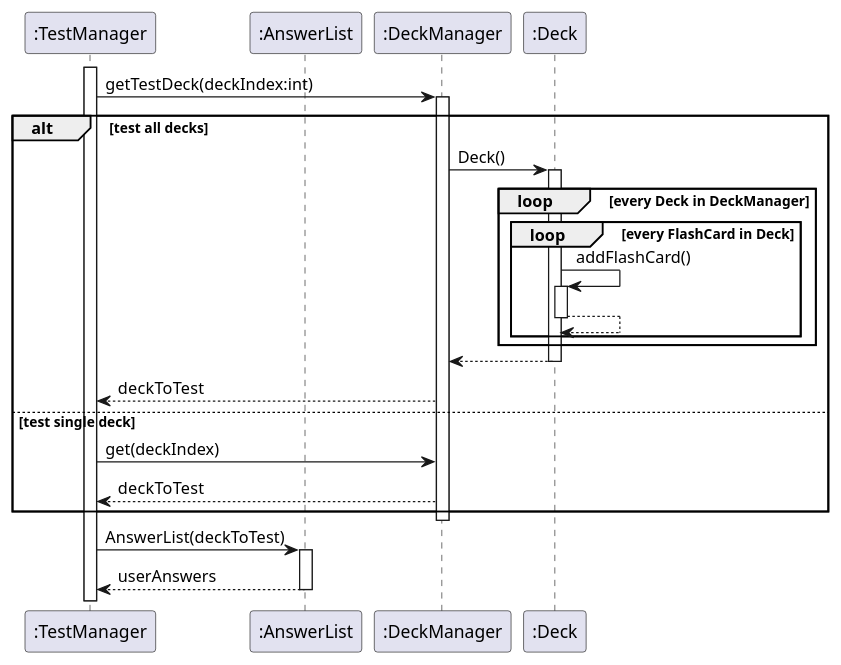
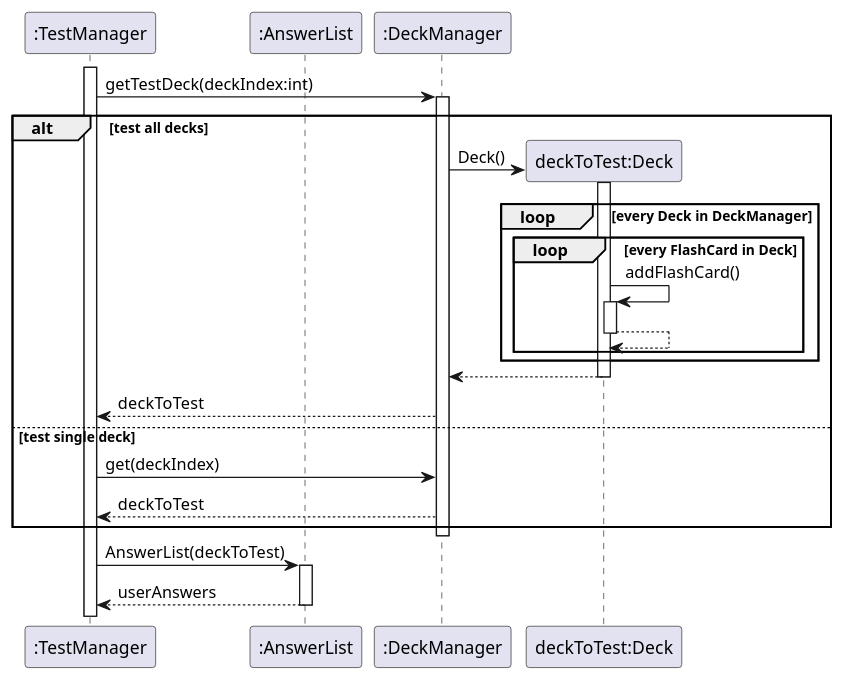
Before and after one commit to xkisxk/tp: the diagram in docs/uml/getTestDeckSequenceDiagram.puml, drawn with PlantUML. The commit also changed 5 other files, not shown here.

Commit message:
Moved getLowScoringCard function to deckmanager, edited sequence diagrams

```diff
--- a/docs/uml/getTestDeckSequenceDiagram.puml
+++ b/docs/uml/getTestDeckSequenceDiagram.puml
@@ -1,41 +1,41 @@
 @startuml
 participant ":TestManager" as TestManager
 participant ":AnswerList" as AnswerList
 participant ":DeckManager" as DeckManager
-participant ":Deck" as Deck
+participant "deckToTest:Deck" as Deck
 
 activate TestManager
 
 TestManager -> DeckManager : getTestDeck(deckIndex:int)
 activate DeckManager
 
 alt test all decks
-DeckManager -> Deck : Deck()
+DeckManager -> Deck **: Deck()
 activate Deck
 loop every Deck in DeckManager
 loop every FlashCard in Deck
 
 Deck -> Deck : addFlashCard()
 activate Deck
 Deck --> Deck
 deactivate Deck
 
 end
 end
 Deck --> DeckManager
 deactivate Deck
 DeckManager --> TestManager : deckToTest
 
 else test single deck
 TestManager -> DeckManager : get(deckIndex)
 DeckManager --> TestManager : deckToTest
 end
 deactivate DeckManager
 
 TestManager -> AnswerList : AnswerList(deckToTest)
 activate AnswerList
 
 TestManager <-- AnswerList : userAnswers
 deactivate AnswerList
 
 @enduml
```
